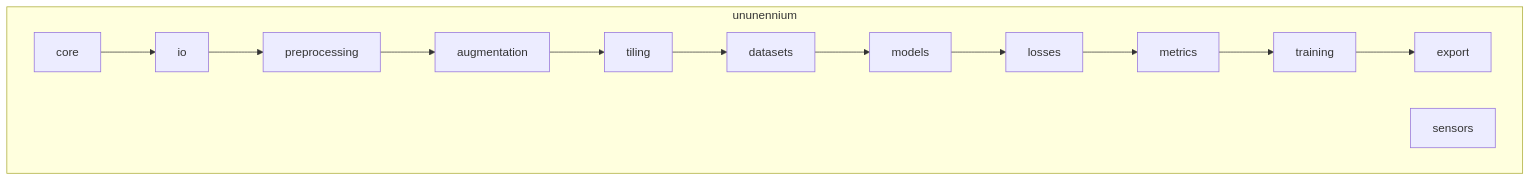
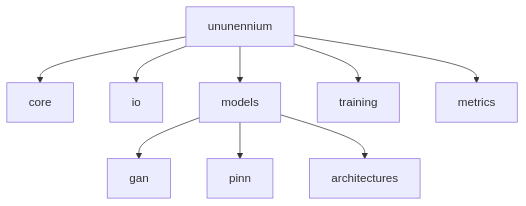
The diagram in docs/api/overview.md (Bejeee11/ununennium), drawn with Mermaid before and after one commit. The commit also changed other lines of this file and 34 other files, not shown here.

Commit message:
feat: Add comprehensive documentation for research, API, tutorials, guides, and architecture, and update the README.

````diff
--- a/docs/api/overview.md
+++ b/docs/api/overview.md
@@ -21,28 +5,13 @@
 ```mermaid
-graph TB
-    subgraph "ununennium"
-        CORE[core]
-        IO[io]
-        PREP[preprocessing]
-        AUG[augmentation]
-        TILE[tiling]
-        DS[datasets]
-        MOD[models]
-        LOSS[losses]
-        MET[metrics]
-        TRAIN[training]
-        EXP[export]
-        SENS[sensors]
-    end
+graph TD
+    U[ununennium]
+    U --> Core[core]
+    U --> IO[io]
+    U --> Models[models]
+    U --> Train[training]
+    U --> Metric[metrics]
     
-    CORE --> IO
-    IO --> PREP
-    PREP --> AUG
-    AUG --> TILE
-    TILE --> DS
-    DS --> MOD
-    MOD --> LOSS
-    LOSS --> MET
-    MET --> TRAIN
-    TRAIN --> EXP
+    Models --> GAN[gan]
+    Models --> PINN[pinn]
+    Models --> Arch[architectures]
 ```
````
